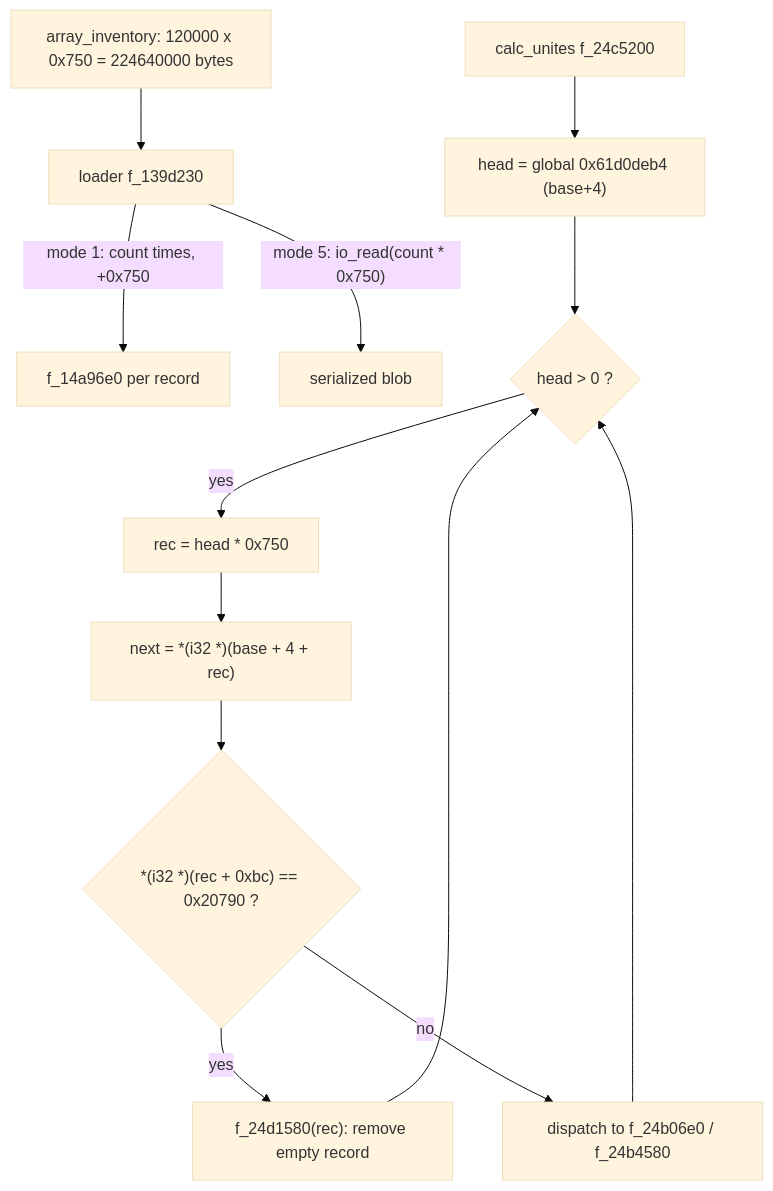
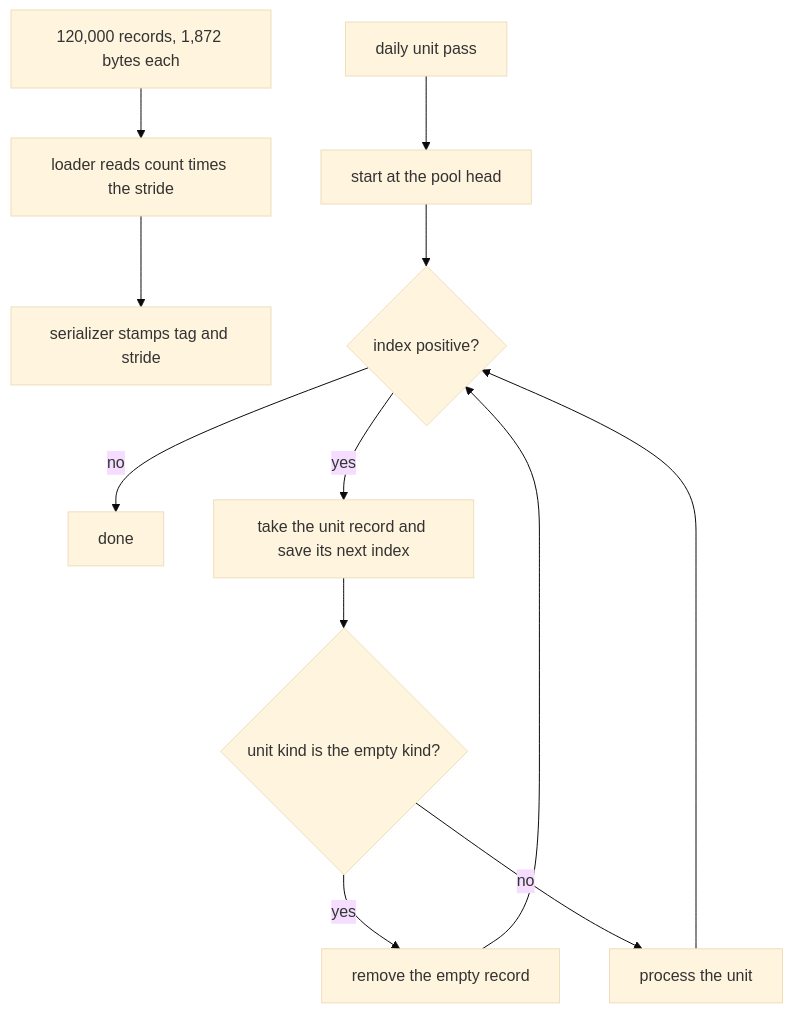
The first of 5 diagrams in 03_MILITARY.md (CthulhuOnIce/GPS-Docs), drawn with Mermaid (base theme) before and after one commit. The commit also changed other lines of this file and 5 other files, not shown here.

````diff
--- a/03_MILITARY.md
+++ b/03_MILITARY.md
@@ -83,15 +47,14 @@
 ```mermaid
 flowchart TD
-    A["array_inventory: 120000 x 0x750 = 224640000 bytes"] --> B["loader f_139d230"]
-    B -->|"mode 1: count times, +0x750"| C["f_14a96e0 per record"]
-    B -->|"mode 5: io_read(count * 0x750)"| D["serialized blob"]
-    E["calc_unites f_24c5200"] --> F["head = global 0x61d0deb4 (base+4)"]
-    F --> G{"head > 0 ?"}
-    G -->|yes| H["rec = head * 0x750"]
-    H --> I["next = *(i32 *)(base + 4 + rec)"]
-    I --> J{"*(i32 *)(rec + 0xbc) == 0x20790 ?"}
-    J -->|yes| K["f_24d1580(rec): remove empty record"]
-    J -->|no| L["dispatch to f_24b06e0 / f_24b4580"]
-    K --> G
-    L --> G
+    A["120,000 records, 1,872 bytes each"] --> B["loader reads count times the stride"]
+    B --> C["serializer stamps tag and stride"]
+    D["daily unit pass"] --> E["start at the pool head"]
+    E --> F{"index positive?"}
+    F -->|no| G["done"]
+    F -->|yes| H["take the unit record and save its next index"]
+    H --> I{"unit kind is the empty kind?"}
+    I -->|yes| J["remove the empty record"]
+    I -->|no| K["process the unit"]
+    J --> F
+    K --> F
 ```
````
